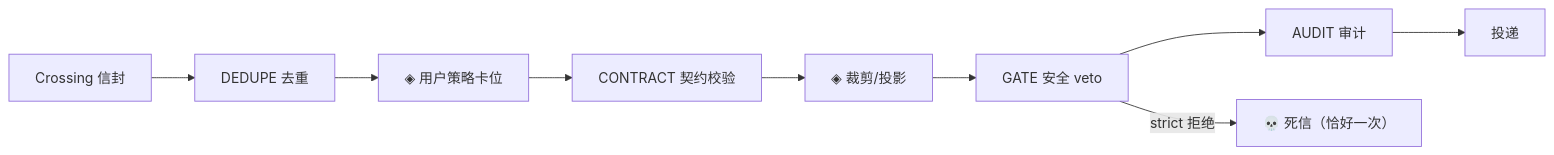
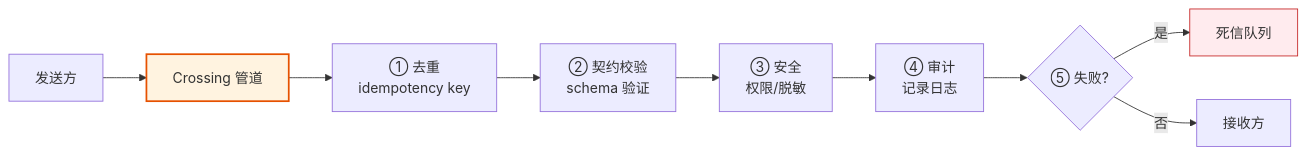
One commit to limenagent/prodagent changed the third of 5 diagrams in docs/tour/07-multiagent.md. Above: the diagram before and after it, drawn with Mermaid. The commit also changed other lines of this file and 68 other files, not shown here.

````diff
--- a/docs/tour/07-multiagent.md
+++ b/docs/tour/07-multiagent.md
@@ -27,11 +198,14 @@
 ```mermaid
-flowchart LR
-    C["Crossing 信封"] --> D["DEDUPE 去重"]
-    D --> B1["◈ 用户策略卡位"]
-    B1 --> K["CONTRACT 契约校验"]
-    K --> B2["◈ 裁剪/投影"]
-    B2 --> G["GATE 安全 veto"]
-    G --> A["AUDIT 审计"]
-    A --> OK["投递"]
-    G -->|"strict 拒绝"| DL["💀 死信（恰好一次）"]
+graph LR
+    SENDER["发送方"] --> PIPE["Crossing 管道"]
+    PIPE --> DEDUP["① 去重<br/>idempotency key"]
+    DEDUP --> CONTRACT["② 契约校验<br/>schema 验证"]
+    CONTRACT --> SECURITY["③ 安全<br/>权限/脱敏"]
+    SECURITY --> AUDIT["④ 审计<br/>记录日志"]
+    AUDIT --> DLQ{"⑤ 失败?"}
+    DLQ -->|是| DEAD["死信队列"]
+    DLQ -->|否| RECEIVER["接收方"]
+
+    style PIPE fill:#fff3e0,stroke:#e65100,stroke-width:2px
+    style DEAD fill:#ffebee,stroke:#c62828
 ```
````
